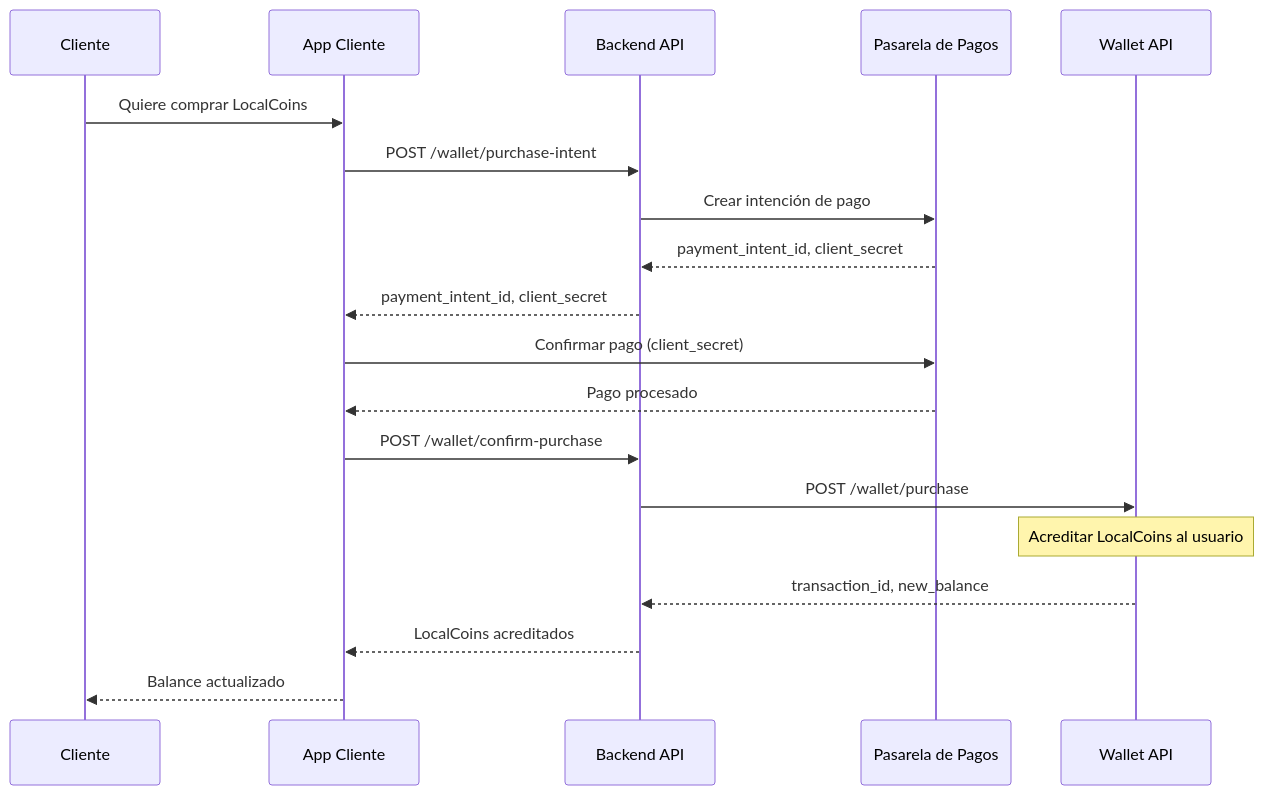
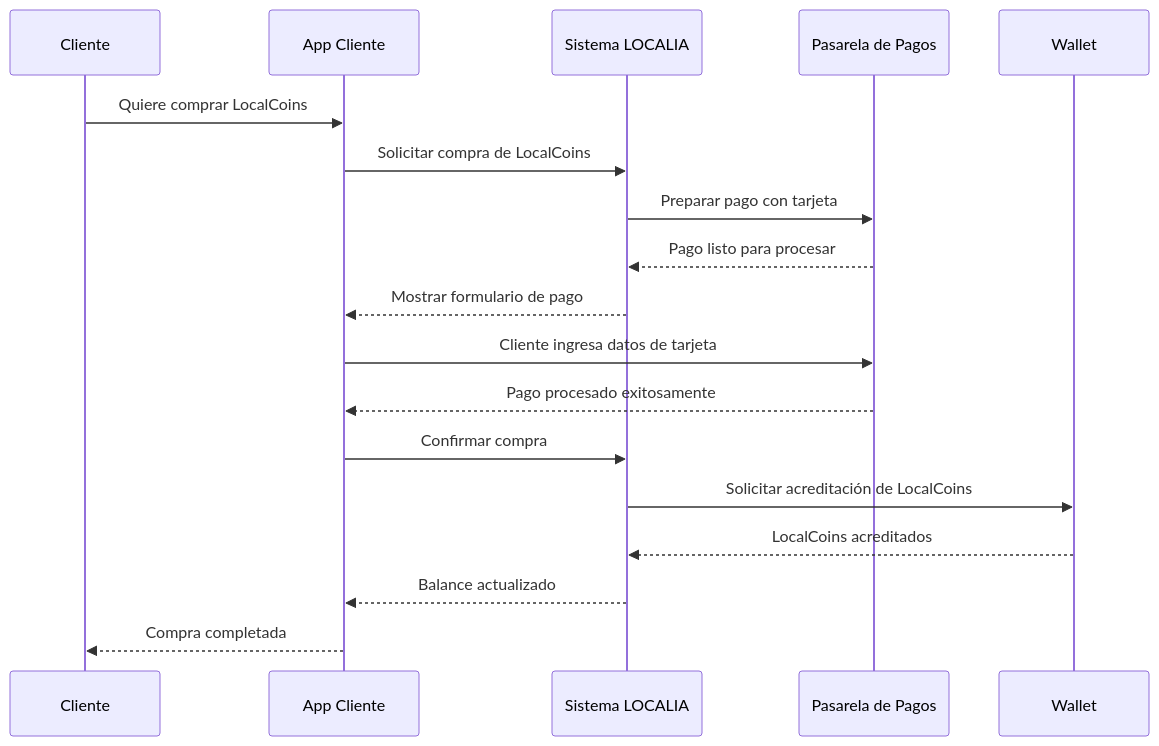
Before and after one commit to alex9abril/localia-admin: the second of 2 diagrams in docs/MVP/alcance-mvp.md, drawn with Mermaid. The commit also changed other lines of this file and 1 other file, not shown here.

````diff
--- a/docs/MVP/alcance-mvp.md
+++ b/docs/MVP/alcance-mvp.md
@@ -340,24 +417,23 @@
 ```mermaid
 sequenceDiagram
     participant C as Cliente
     participant App as App Cliente
-    participant API as Backend API
+    participant Sistema as Sistema LOCALIA
     participant Payment as Pasarela de Pagos
-    participant Wallet as Wallet API
+    participant Wallet as Wallet
     
     C->>App: Quiere comprar LocalCoins
-    App->>API: POST /wallet/purchase-intent
-    API->>Payment: Crear intención de pago
-    Payment-->>API: payment_intent_id, client_secret
-    API-->>App: payment_intent_id, client_secret
+    App->>Sistema: Solicitar compra de LocalCoins
+    Sistema->>Payment: Preparar pago con tarjeta
+    Payment-->>Sistema: Pago listo para procesar
+    Sistema-->>App: Mostrar formulario de pago
     
-    App->>Payment: Confirmar pago (client_secret)
-    Payment-->>App: Pago procesado
+    App->>Payment: Cliente ingresa datos de tarjeta
+    Payment-->>App: Pago procesado exitosamente
     
-    App->>API: POST /wallet/confirm-purchase
-    API->>Wallet: POST /wallet/purchase
-    Note over Wallet: Acreditar LocalCoins al usuario
-    Wallet-->>API: transaction_id, new_balance
-    API-->>App: LocalCoins acreditados
-    App-->>C: Balance actualizado
+    App->>Sistema: Confirmar compra
+    Sistema->>Wallet: Solicitar acreditación de LocalCoins
+    Wallet-->>Sistema: LocalCoins acreditados
+    Sistema-->>App: Balance actualizado
+    App-->>C: Compra completada
 ```
````
